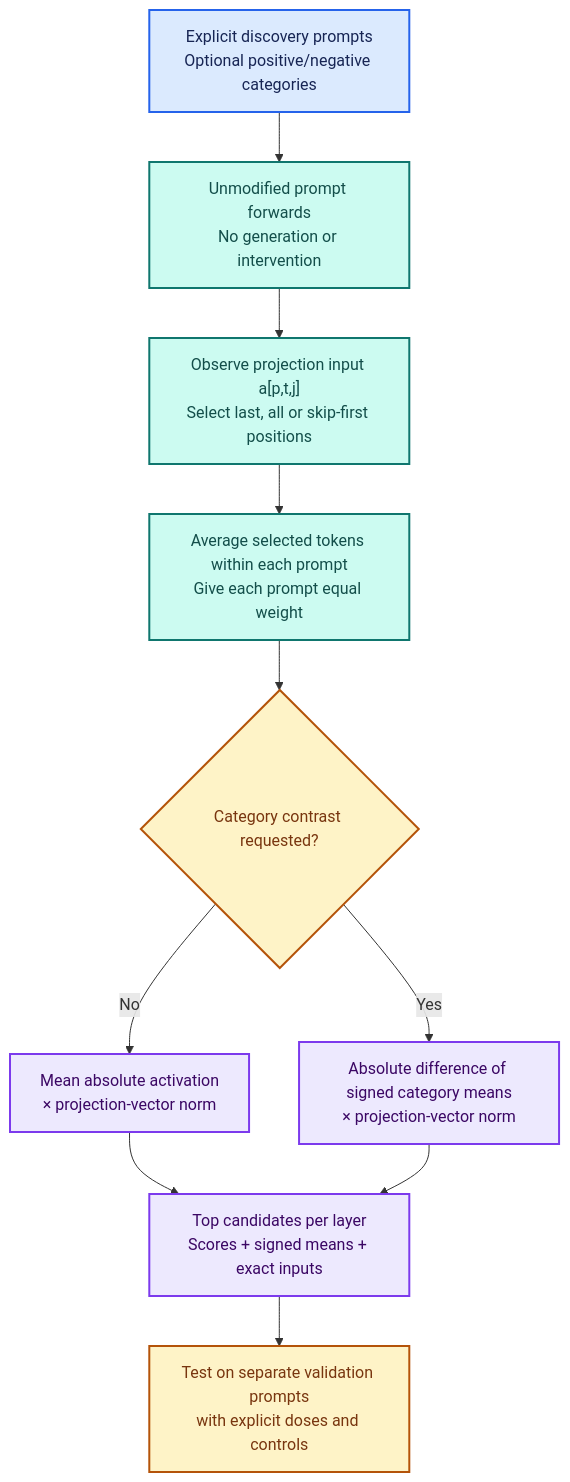
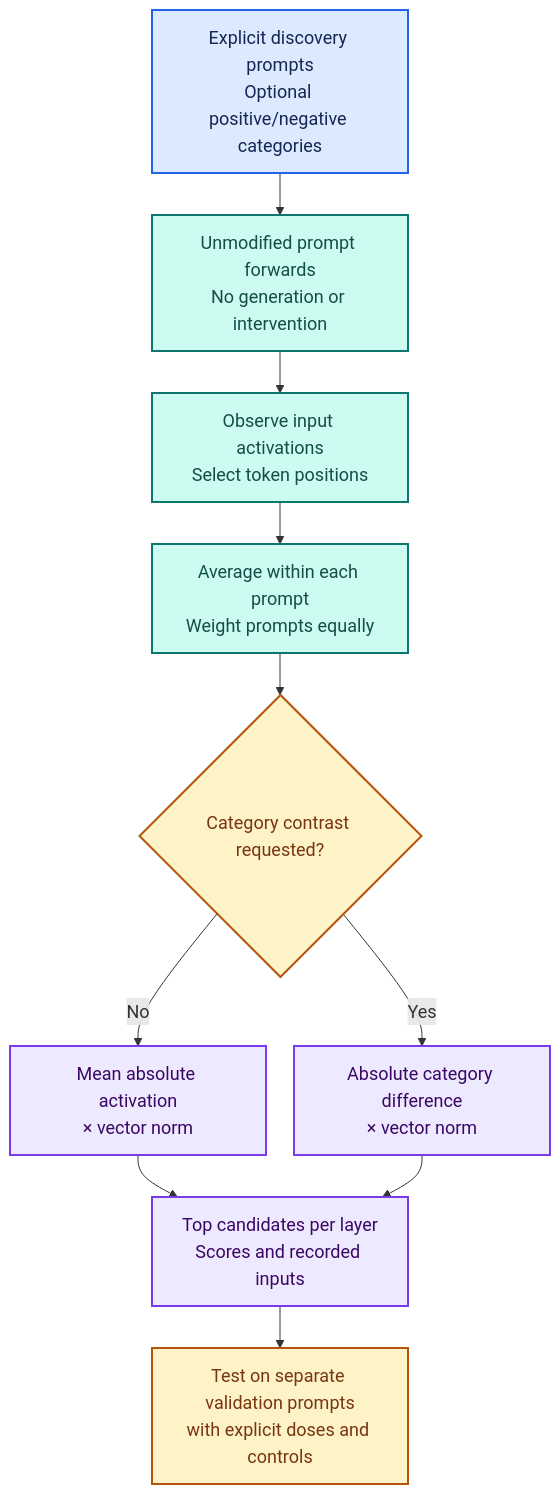
The fifth of 5 diagrams in design.md (djayuffe/neuron-steer), drawn with Mermaid before and after one commit. The commit also changed other lines of this file and 6 other files, not shown here.

Commit message:
Improve reading paths, diagram typography and ELI5 concept explanations

````diff
--- a/design.md
+++ b/design.md
@@ -534,20 +630,32 @@
 ```mermaid
+---
+config:
+  fontFamily: Arial, Helvetica, sans-serif
+  fontSize: 18
+  themeVariables:
+    fontFamily: Arial, Helvetica, sans-serif
+    fontSize: 18px
+  flowchart:
+    nodeSpacing: 28
+    rankSpacing: 42
+    padding: 14
+---
 flowchart TB
   accTitle: How observational probing ranks candidates
   accDescr: Unmodified forwards expose projection input activations. Position selection and equal-prompt weighting lead to contribution magnitude or a signed category contrast, then a ranking to validate.
-P["Explicit discovery prompts<br/>Optional positive/negative categories"]:::input --> F["Unmodified prompt forwards<br/>No generation or intervention"]:::local
-  F --> A["Observe projection input a[p,t,j]<br/>Select last, all or skip-first positions"]:::local
-  A --> M["Average selected tokens within each prompt<br/>Give each prompt equal weight"]:::local
+  P["Explicit discovery prompts<br/>Optional positive/negative categories"]:::input --> F["Unmodified prompt forwards<br/>No generation or intervention"]:::local
+  F --> A["Observe input activations<br/>Select token positions"]:::local
+  A --> M["Average within each prompt<br/>Weight prompts equally"]:::local
   M --> C{"Category contrast requested?"}:::choice
-  C -- "No" --> U["Mean absolute activation<br/>× projection-vector norm"]:::evidence
-  C -- "Yes" --> S["Absolute difference of signed category means<br/>× projection-vector norm"]:::evidence
-  U --> K["Top candidates per layer<br/>Scores + signed means + exact inputs"]:::evidence
+  C -- "No" --> U["Mean absolute activation<br/>× vector norm"]:::evidence
+  C -- "Yes" --> S["Absolute category difference<br/>× vector norm"]:::evidence
+  U --> K["Top candidates per layer<br/>Scores and recorded inputs"]:::evidence
   S --> K
   K --> V["Test on separate validation prompts<br/>with explicit doses and controls"]:::choice
   classDef input fill:#DBEAFE,stroke:#2563EB,color:#172554,stroke-width:2px;
   classDef local fill:#CCFBF1,stroke:#0F766E,color:#134E4A,stroke-width:2px;
   classDef choice fill:#FEF3C7,stroke:#B45309,color:#78350F,stroke-width:2px;
   classDef evidence fill:#EDE9FE,stroke:#7C3AED,color:#3B0764,stroke-width:2px;
   classDef remote fill:#FCE7F3,stroke:#BE185D,color:#831843,stroke-width:2px;
   classDef limit fill:#FEE2E2,stroke:#DC2626,color:#7F1D1D,stroke-width:2px;
 ```
````
